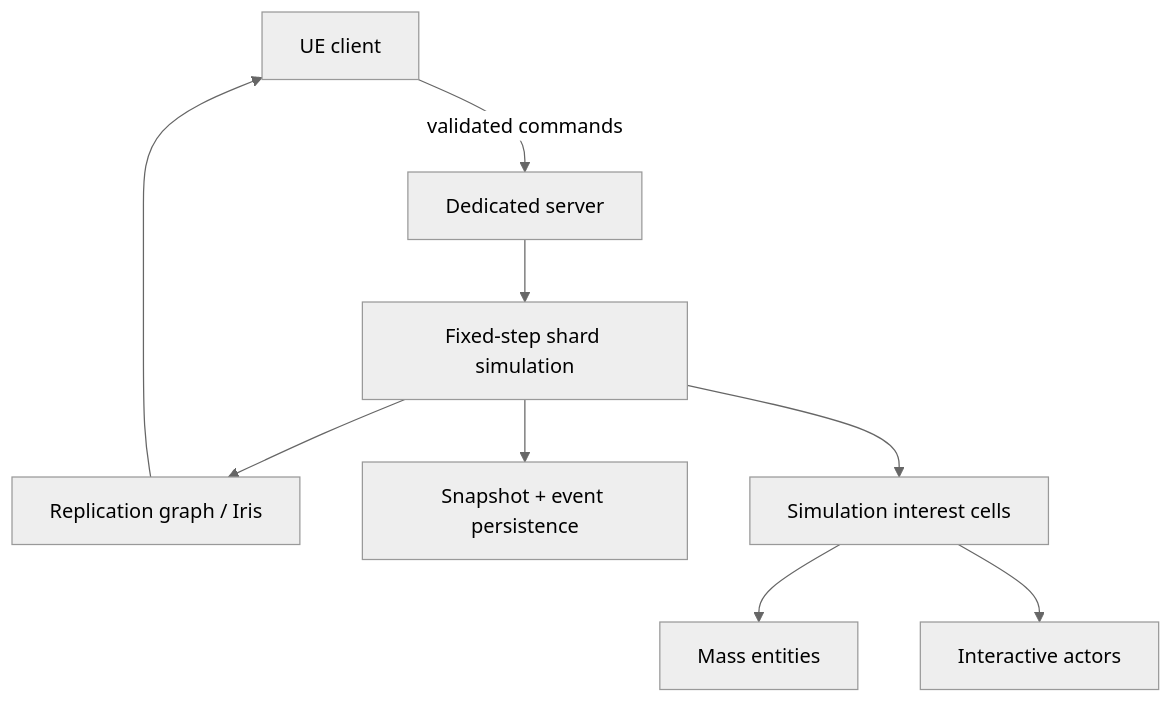
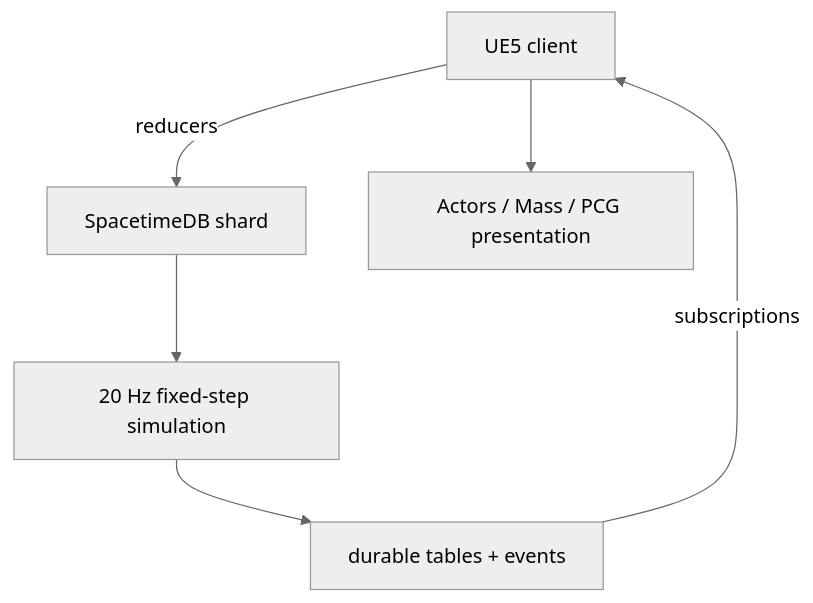
One commit to d3vhound/ue5-sc2-inspired-clone changed the diagram in Docs/ARCHITECTURE.md. Above: the diagram before and after it, drawn with Mermaid (neutral theme). The commit also changed other lines of this file and 14 other files, not shown here.

Commit message:
Add authoritative SpacetimeDB shard backend

````diff
--- a/Docs/ARCHITECTURE.md
+++ b/Docs/ARCHITECTURE.md
@@ -21,11 +21,8 @@
 ```mermaid
 flowchart TD
-    C["UE client"] -->|"validated commands"| S["Dedicated server"]
-    S --> SIM["Fixed-step shard simulation"]
-    SIM --> REP["Replication graph / Iris"]
-    SIM --> PERSIST["Snapshot + event persistence"]
-    SIM --> CELLS["Simulation interest cells"]
-    CELLS --> MASS["Mass entities"]
-    CELLS --> ACTORS["Interactive actors"]
-    REP --> C
+    UE["UE5 client"] -->|"reducers"| DB["SpacetimeDB shard"]
+    DB --> SIM["20 Hz fixed-step simulation"]
+    SIM --> TABLES["durable tables + events"]
+    TABLES -->|"subscriptions"| UE
+    UE --> VIEW["Actors / Mass / PCG presentation"]
 ```
````
